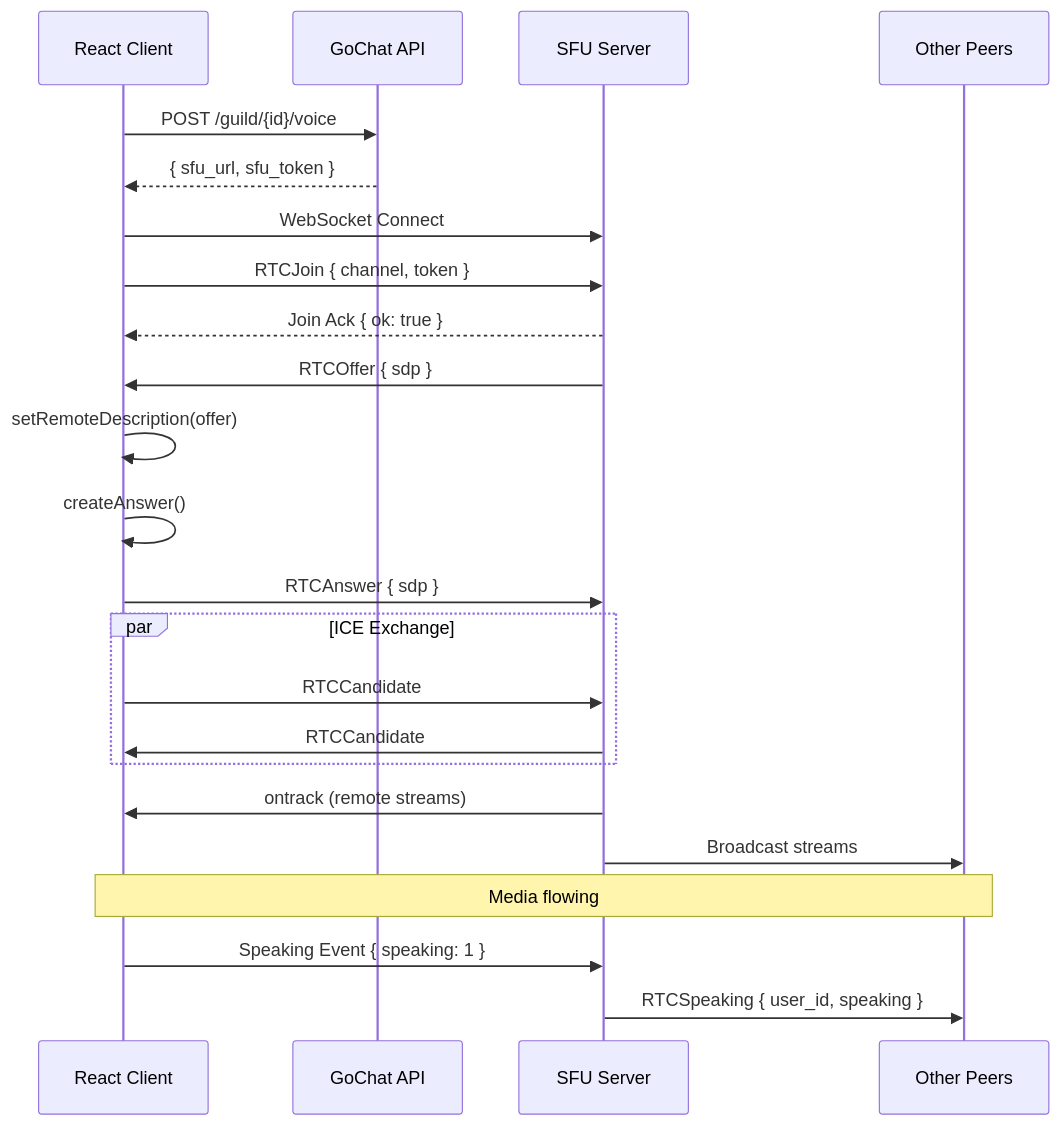
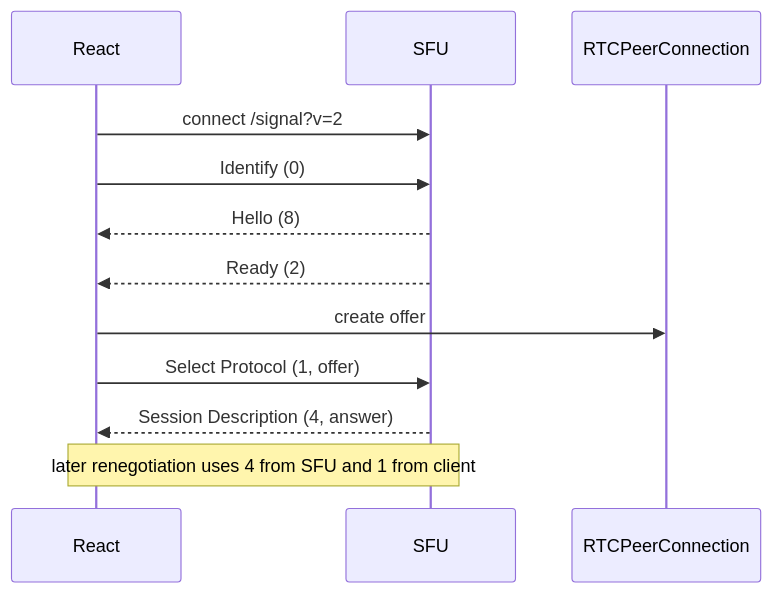
Before and after one commit to FlameInTheDark/gochat: the diagram in docs/project/voice/SFUReactIntegration.md, drawn with Mermaid. The commit also changed other lines of this file and 24 other files, not shown here.

Commit message:
feat: SFU v2 protocol with DAVE

````diff
--- a/docs/project/voice/SFUReactIntegration.md
+++ b/docs/project/voice/SFUReactIntegration.md
@@ -51,32 +39,15 @@
 ```mermaid
 sequenceDiagram
-    participant React as React Client
-    participant API as GoChat API
-    participant SFU as SFU Server
-    participant Peer as Other Peers
+    participant React
+    participant SFU
+    participant PC as RTCPeerConnection
 
-    React->>API: POST /guild/{id}/voice
-    API-->>React: { sfu_url, sfu_token }
-
-    React->>SFU: WebSocket Connect
-    React->>SFU: RTCJoin { channel, token }
-    SFU-->>React: Join Ack { ok: true }
-
-    SFU->>React: RTCOffer { sdp }
-    React->>React: setRemoteDescription(offer)
-    React->>React: createAnswer()
-    React->>SFU: RTCAnswer { sdp }
-
-    par ICE Exchange
-        React->>SFU: RTCCandidate
-        SFU->>React: RTCCandidate
-    end
-
-    SFU->>React: ontrack (remote streams)
-    SFU->>Peer: Broadcast streams
-
-    Note over React,Peer: Media flowing
-
-    React->>SFU: Speaking Event { speaking: 1 }
-    SFU->>Peer: RTCSpeaking { user_id, speaking }
+    React->>SFU: connect /signal?v=2
+    React->>SFU: Identify (0)
+    SFU-->>React: Hello (8)
+    SFU-->>React: Ready (2)
+    React->>PC: create offer
+    React->>SFU: Select Protocol (1, offer)
+    SFU-->>React: Session Description (4, answer)
+    Note over React,SFU: later renegotiation uses 4 from SFU and 1 from client
 ```
````
